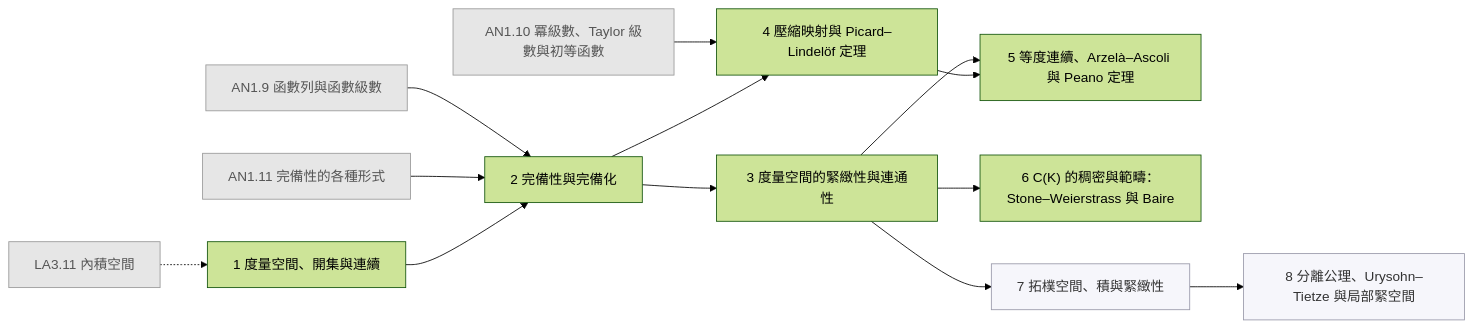
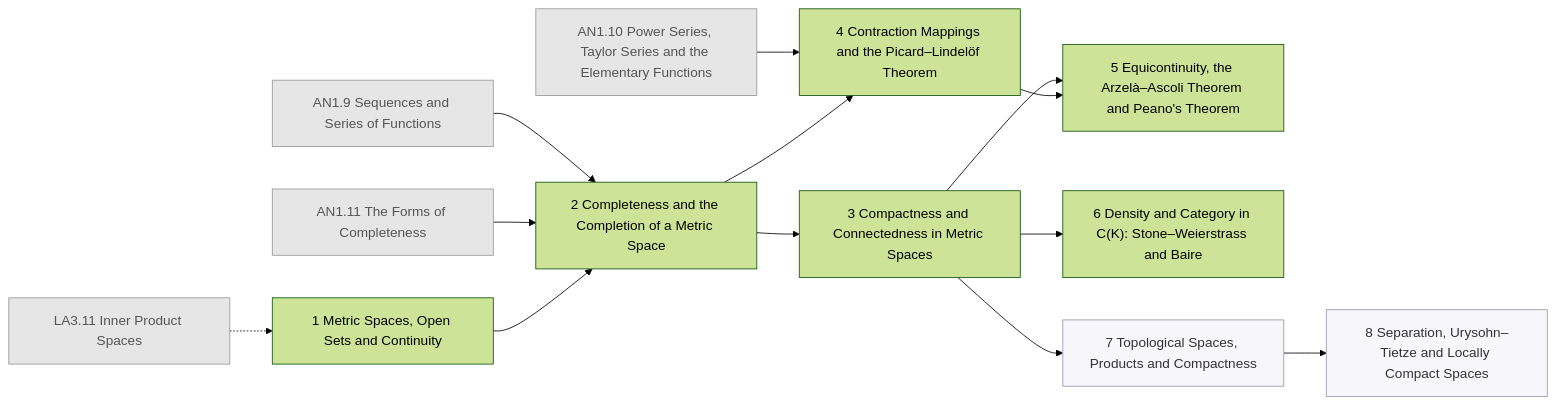
One commit to AkizumiFox/math-atlas changed diagram 11 of 26 in generated/README.md. Above: the diagram before and after it, drawn with Mermaid (forest theme). The commit also changed other lines of this file and 36 other files, not shown here.

````diff
--- a/generated/README.md
+++ b/generated/README.md
@@ -292,30 +291,30 @@
 ```mermaid
 flowchart LR
-  AN1_9["AN1.9 函數列與函數級數"]:::ext
-  AN1_10["AN1.10 冪級數、Taylor 級數與初等函數"]:::ext
-  AN1_11["AN1.11 完備性的各種形式"]:::ext
-  LA3_11["LA3.11 內積空間"]:::ext
-  AN2_1["1 度量空間、開集與連續"]
-  AN2_2["2 完備性與完備化"]
-  AN2_3["3 度量空間的緊緻性與連通性"]
-  AN2_4["4 壓縮映射與 Picard–Lindelöf 定理"]
-  AN2_5["5 等度連續、Arzelà–Ascoli 與 Peano 定理"]
-  AN2_6["6 C(K) 的稠密與範疇：Stone–Weierstrass 與 Baire"]
-  AN2_7["7 拓樸空間、積與緊緻性"]:::segb
-  AN2_8["8 分離公理、Urysohn–Tietze 與局部緊空間"]:::segb
+  AN1_9["AN1.9 Sequences and Series of Functions"]:::ext
+  AN1_10["AN1.10 Power Series, Taylor Series and the Elementary Functions"]:::ext
+  AN1_11["AN1.11 The Forms of Completeness"]:::ext
+  LA3_11["LA3.11 Inner Product Spaces"]:::ext
+  AN2_1["1 Metric Spaces, Open Sets and Continuity"]
+  AN2_2["2 Completeness and the Completion of a Metric Space"]
+  AN2_3["3 Compactness and Connectedness in Metric Spaces"]
+  AN2_4["4 Contraction Mappings and the Picard–Lindelöf Theorem"]
+  AN2_5["5 Equicontinuity, the Arzelà–Ascoli Theorem and Peano's Theorem"]
+  AN2_6["6 Density and Category in C(K): Stone–Weierstrass and Baire"]
+  AN2_7["7 Topological Spaces, Products and Compactness"]:::segb
+  AN2_8["8 Separation, Urysohn–Tietze and Locally Compact Spaces"]:::segb
   LA3_11 -.-> AN2_1
   AN1_9 --> AN2_2
   AN1_11 --> AN2_2
   AN2_1 --> AN2_2
   AN2_2 --> AN2_3
   AN1_10 --> AN2_4
   AN2_2 --> AN2_4
   AN2_3 --> AN2_5
   AN2_4 --> AN2_5
   AN2_3 --> AN2_6
   AN2_3 --> AN2_7
   AN2_7 --> AN2_8
   classDef ext fill:#e6e6e6,stroke:#999,color:#555
   classDef opt fill:#fff,stroke:#999,stroke-dasharray:4 3,color:#555
   classDef segb fill:#f6f6fb,stroke:#99a,color:#333
 ```
````
